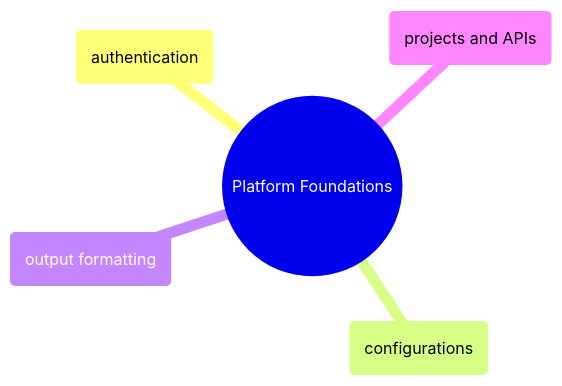
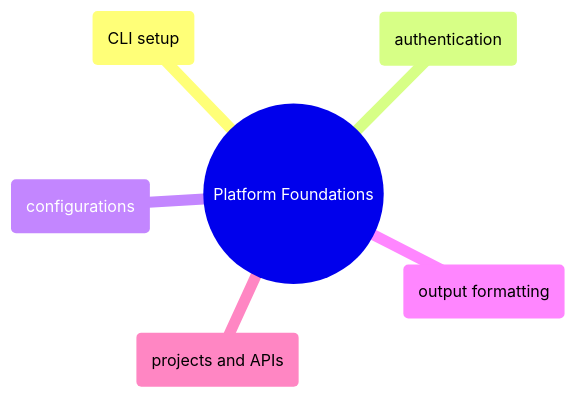
One commit to alp78/elysium changed the diagram in content/06-GCP/Domains/domain-platform-foundations.md. Above: the diagram before and after it, drawn with Mermaid. The commit also changed other lines of this file and 114 other files, not shown here.

````diff
--- a/content/06-GCP/Domains/domain-platform-foundations.md
+++ b/content/06-GCP/Domains/domain-platform-foundations.md
@@ -12,8 +12,9 @@
 ```mermaid
 mindmap
   ((Platform Foundations))
+    (CLI setup)
     (authentication)
     (configurations)
     (output formatting)
     (projects and APIs)
 ```
````
